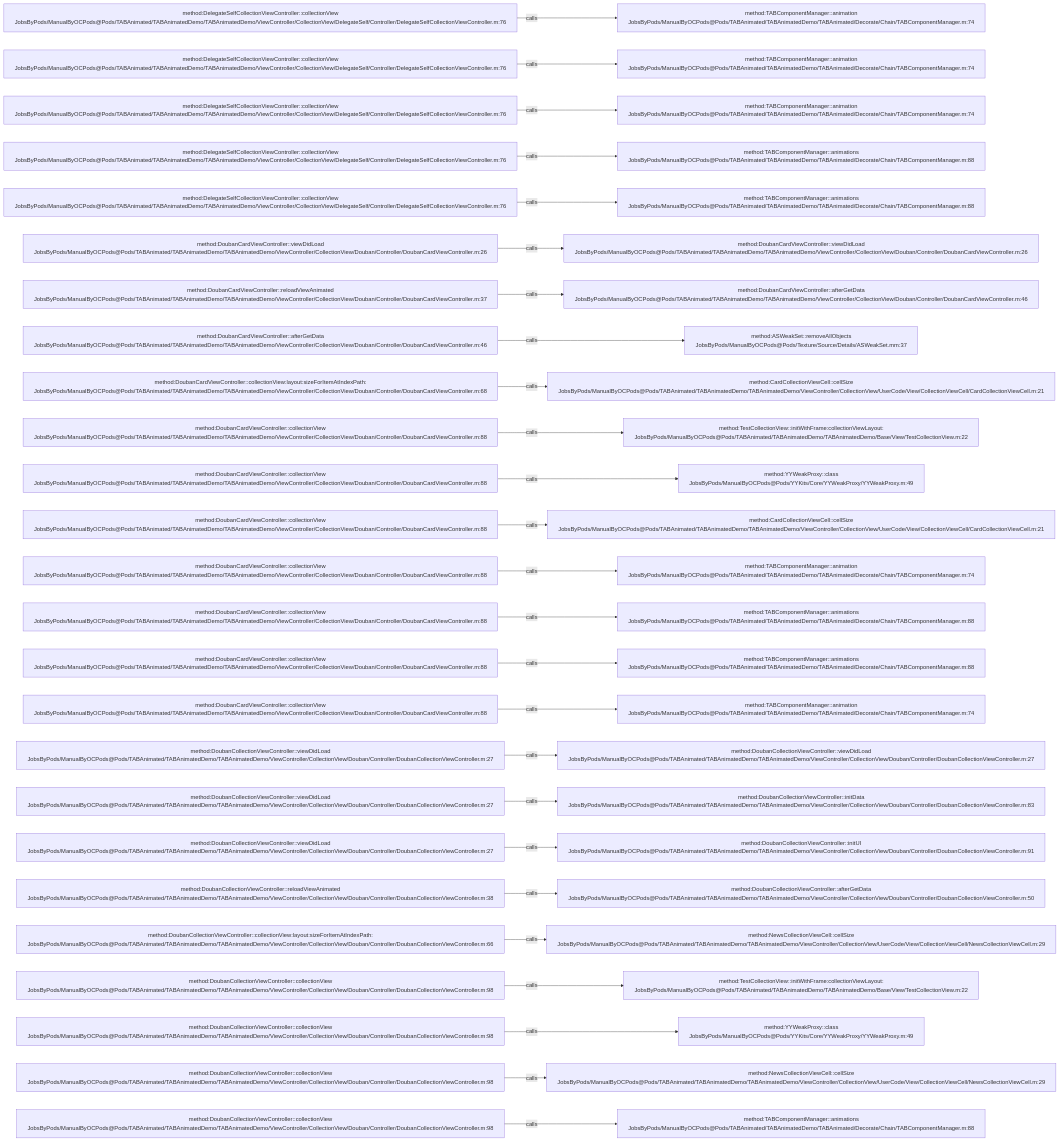
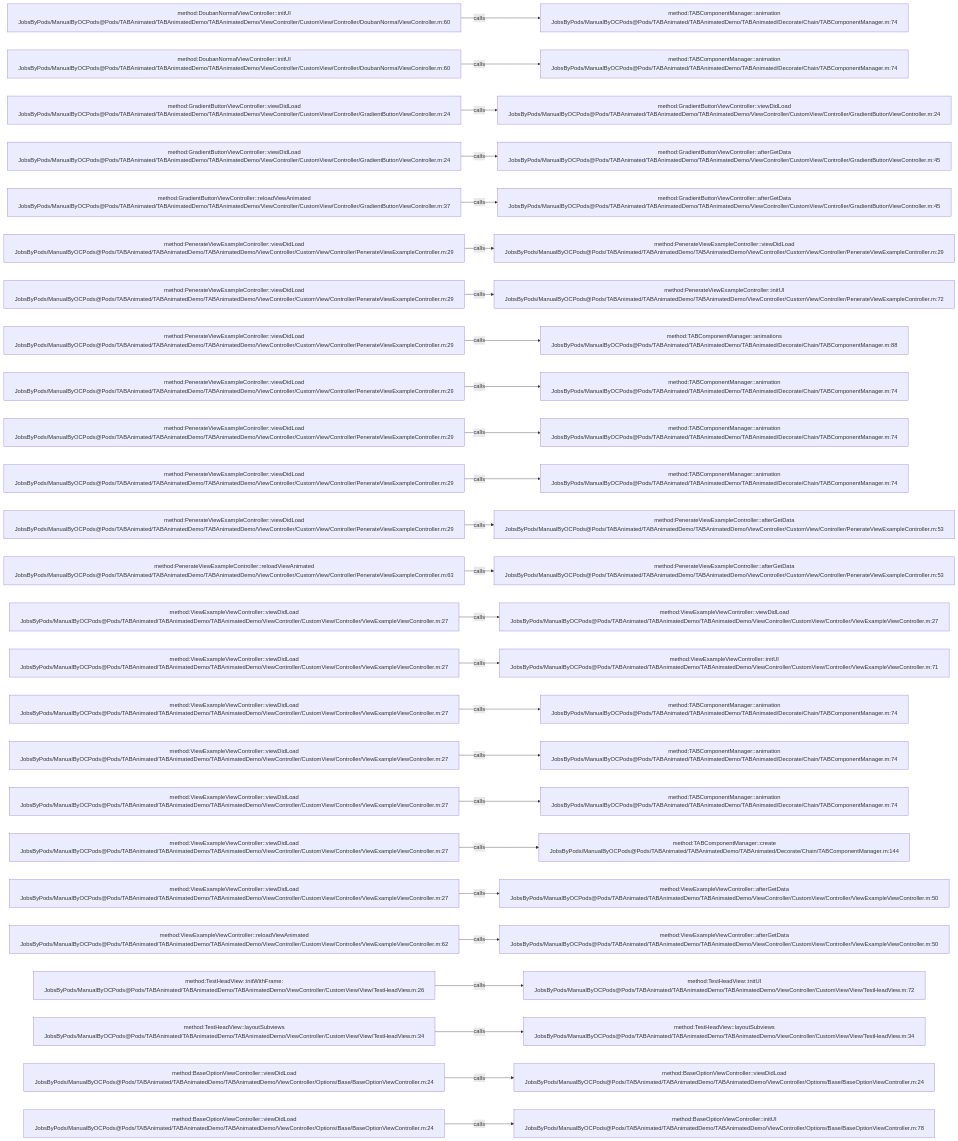
Before and after one commit to JobsKits/JobsOCBaseConfigDemo: the diagram in .codegraph/codegraph.md/graphs/calls-056.md, drawn with Mermaid. The commit also changed 1223 other files, not shown here.

````diff
--- a/.codegraph/codegraph.md/graphs/calls-056.md
+++ b/.codegraph/codegraph.md/graphs/calls-056.md
@@ -13,78 +13,78 @@
 ```mermaid
 flowchart LR
-  S1["method:DelegateSelfCollectionViewController::collectionView<br/>JobsByPods/ManualByOCPods@Pods/TABAnimated/TABAnimatedDemo/TABAnimatedDemo/ViewController/CollectionView/DelegateSelf/Controller/DelegateSelfCollectionViewController.m:76"]
+  S1["method:DoubanNormalViewController::initUI<br/>JobsByPods/ManualByOCPods@Pods/TABAnimated/TABAnimatedDemo/TABAnimatedDemo/ViewController/CustomView/Controller/DoubanNormalViewController.m:60"]
   T1["method:TABComponentManager::animation<br/>JobsByPods/ManualByOCPods@Pods/TABAnimated/TABAnimatedDemo/TABAnimated/Decorate/Chain/TABComponentManager.m:74"]
   S1 -->|calls| T1
-  S2["method:DelegateSelfCollectionViewController::collectionView<br/>JobsByPods/ManualByOCPods@Pods/TABAnimated/TABAnimatedDemo/TABAnimatedDemo/ViewController/CollectionView/DelegateSelf/Controller/DelegateSelfCollectionViewController.m:76"]
+  S2["method:DoubanNormalViewController::initUI<br/>JobsByPods/ManualByOCPods@Pods/TABAnimated/TABAnimatedDemo/TABAnimatedDemo/ViewController/CustomView/Controller/DoubanNormalViewController.m:60"]
   T2["method:TABComponentManager::animation<br/>JobsByPods/ManualByOCPods@Pods/TABAnimated/TABAnimatedDemo/TABAnimated/Decorate/Chain/TABComponentManager.m:74"]
   S2 -->|calls| T2
-  S3["method:DelegateSelfCollectionViewController::collectionView<br/>JobsByPods/ManualByOCPods@Pods/TABAnimated/TABAnimatedDemo/TABAnimatedDemo/ViewController/CollectionView/DelegateSelf/Controller/DelegateSelfCollectionViewController.m:76"]
-  T3["method:TABComponentManager::animation<br/>JobsByPods/ManualByOCPods@Pods/TABAnimated/TABAnimatedDemo/TABAnimated/Decorate/Chain/TABComponentManager.m:74"]
+  S3["method:GradientButtonViewController::viewDidLoad<br/>JobsByPods/ManualByOCPods@Pods/TABAnimated/TABAnimatedDemo/TABAnimatedDemo/ViewController/CustomView/Controller/GradientButtonViewController.m:24"]
+  T3["method:GradientButtonViewController::viewDidLoad<br/>JobsByPods/ManualByOCPods@Pods/TABAnimated/TABAnimatedDemo/TABAnimatedDemo/ViewController/CustomView/Controller/GradientButtonViewController.m:24"]
   S3 -->|calls| T3
-  S4["method:DelegateSelfCollectionViewController::collectionView<br/>JobsByPods/ManualByOCPods@Pods/TABAnimated/TABAnimatedDemo/TABAnimatedDemo/ViewController/CollectionView/DelegateSelf/Controller/DelegateSelfCollectionViewController.m:76"]
-  T4["method:TABComponentManager::animations<br/>JobsByPods/ManualByOCPods@Pods/TABAnimated/TABAnimatedDemo/TABAnimated/Decorate/Chain/TABComponentManager.m:88"]
+  S4["method:GradientButtonViewController::viewDidLoad<br/>JobsByPods/ManualByOCPods@Pods/TABAnimated/TABAnimatedDemo/TABAnimatedDemo/ViewController/CustomView/Controller/GradientButtonViewController.m:24"]
+  T4["method:GradientButtonViewController::afterGetData<br/>JobsByPods/ManualByOCPods@Pods/TABAnimated/TABAnimatedDemo/TABAnimatedDemo/ViewController/CustomView/Controller/GradientButtonViewController.m:45"]
   S4 -->|calls| T4
-  S5["method:DelegateSelfCollectionViewController::collectionView<br/>JobsByPods/ManualByOCPods@Pods/TABAnimated/TABAnimatedDemo/TABAnimatedDemo/ViewController/CollectionView/DelegateSelf/Controller/DelegateSelfCollectionViewController.m:76"]
-  T5["method:TABComponentManager::animations<br/>JobsByPods/ManualByOCPods@Pods/TABAnimated/TABAnimatedDemo/TABAnimated/Decorate/Chain/TABComponentManager.m:88"]
+  S5["method:GradientButtonViewController::reloadViewAnimated<br/>JobsByPods/ManualByOCPods@Pods/TABAnimated/TABAnimatedDemo/TABAnimatedDemo/ViewController/CustomView/Controller/GradientButtonViewController.m:37"]
+  T5["method:GradientButtonViewController::afterGetData<br/>JobsByPods/ManualByOCPods@Pods/TABAnimated/TABAnimatedDemo/TABAnimatedDemo/ViewController/CustomView/Controller/GradientButtonViewController.m:45"]
   S5 -->|calls| T5
-  S6["method:DoubanCardViewController::viewDidLoad<br/>JobsByPods/ManualByOCPods@Pods/TABAnimated/TABAnimatedDemo/TABAnimatedDemo/ViewController/CollectionView/Douban/Controller/DoubanCardViewController.m:26"]
-  T6["method:DoubanCardViewController::viewDidLoad<br/>JobsByPods/ManualByOCPods@Pods/TABAnimated/TABAnimatedDemo/TABAnimatedDemo/ViewController/CollectionView/Douban/Controller/DoubanCardViewController.m:26"]
+  S6["method:PenerateViewExampleController::viewDidLoad<br/>JobsByPods/ManualByOCPods@Pods/TABAnimated/TABAnimatedDemo/TABAnimatedDemo/ViewController/CustomView/Controller/PenerateViewExampleController.m:29"]
+  T6["method:PenerateViewExampleController::viewDidLoad<br/>JobsByPods/ManualByOCPods@Pods/TABAnimated/TABAnimatedDemo/TABAnimatedDemo/ViewController/CustomView/Controller/PenerateViewExampleController.m:29"]
   S6 -->|calls| T6
-  S7["method:DoubanCardViewController::reloadViewAnimated<br/>JobsByPods/ManualByOCPods@Pods/TABAnimated/TABAnimatedDemo/TABAnimatedDemo/ViewController/CollectionView/Douban/Controller/DoubanCardViewController.m:37"]
-  T7["method:DoubanCardViewController::afterGetData<br/>JobsByPods/ManualByOCPods@Pods/TABAnimated/TABAnimatedDemo/TABAnimatedDemo/ViewController/CollectionView/Douban/Controller/DoubanCardViewController.m:46"]
+  S7["method:PenerateViewExampleController::viewDidLoad<br/>JobsByPods/ManualByOCPods@Pods/TABAnimated/TABAnimatedDemo/TABAnimatedDemo/ViewController/CustomView/Controller/PenerateViewExampleController.m:29"]
+  T7["method:PenerateViewExampleController::initUI<br/>JobsByPods/ManualByOCPods@Pods/TABAnimated/TABAnimatedDemo/TABAnimatedDemo/ViewController/CustomView/Controller/PenerateViewExampleController.m:72"]
   S7 -->|calls| T7
-  S8["method:DoubanCardViewController::afterGetData<br/>JobsByPods/ManualByOCPods@Pods/TABAnimated/TABAnimatedDemo/TABAnimatedDemo/ViewController/CollectionView/Douban/Controller/DoubanCardViewController.m:46"]
-  T8["method:ASWeakSet::removeAllObjects<br/>JobsByPods/ManualByOCPods@Pods/Texture/Source/Details/ASWeakSet.mm:37"]
+  S8["method:PenerateViewExampleController::viewDidLoad<br/>JobsByPods/ManualByOCPods@Pods/TABAnimated/TABAnimatedDemo/TABAnimatedDemo/ViewController/CustomView/Controller/PenerateViewExampleController.m:29"]
+  T8["method:TABComponentManager::animations<br/>JobsByPods/ManualByOCPods@Pods/TABAnimated/TABAnimatedDemo/TABAnimated/Decorate/Chain/TABComponentManager.m:88"]
   S8 -->|calls| T8
-  S9["method:DoubanCardViewController::collectionView:layout:sizeForItemAtIndexPath:<br/>JobsByPods/ManualByOCPods@Pods/TABAnimated/TABAnimatedDemo/TABAnimatedDemo/ViewController/CollectionView/Douban/Controller/DoubanCardViewController.m:68"]
-  T9["method:CardCollectionViewCell::cellSize<br/>JobsByPods/ManualByOCPods@Pods/TABAnimated/TABAnimatedDemo/TABAnimatedDemo/ViewController/CollectionView/UserCode/View/CollectionViewCell/CardCollectionViewCell.m:21"]
+  S9["method:PenerateViewExampleController::viewDidLoad<br/>JobsByPods/ManualByOCPods@Pods/TABAnimated/TABAnimatedDemo/TABAnimatedDemo/ViewController/CustomView/Controller/PenerateViewExampleController.m:29"]
+  T9["method:TABComponentManager::animation<br/>JobsByPods/ManualByOCPods@Pods/TABAnimated/TABAnimatedDemo/TABAnimated/Decorate/Chain/TABComponentManager.m:74"]
   S9 -->|calls| T9
-  S10["method:DoubanCardViewController::collectionView<br/>JobsByPods/ManualByOCPods@Pods/TABAnimated/TABAnimatedDemo/TABAnimatedDemo/ViewController/CollectionView/Douban/Controller/DoubanCardViewController.m:88"]
-  T10["method:TestCollectionView::initWithFrame:collectionViewLayout:<br/>JobsByPods/ManualByOCPods@Pods/TABAnimated/TABAnimatedDemo/TABAnimatedDemo/Base/View/TestCollectionView.m:22"]
+  S10["method:PenerateViewExampleController::viewDidLoad<br/>JobsByPods/ManualByOCPods@Pods/TABAnimated/TABAnimatedDemo/TABAnimatedDemo/ViewController/CustomView/Controller/PenerateViewExampleController.m:29"]
+  T10["method:TABComponentManager::animation<br/>JobsByPods/ManualByOCPods@Pods/TABAnimated/TABAnimatedDemo/TABAnimated/Decorate/Chain/TABComponentManager.m:74"]
   S10 -->|calls| T10
-  S11["method:DoubanCardViewController::collectionView<br/>JobsByPods/ManualByOCPods@Pods/TABAnimated/TABAnimatedDemo/TABAnimatedDemo/ViewController/CollectionView/Douban/Controller/DoubanCardViewController.m:88"]
-  T11["method:YYWeakProxy::class<br/>JobsByPods/ManualByOCPods@Pods/YYKits/Core/YYWeakProxy/YYWeakProxy.m:49"]
+  S11["method:PenerateViewExampleController::viewDidLoad<br/>JobsByPods/ManualByOCPods@Pods/TABAnimated/TABAnimatedDemo/TABAnimatedDemo/ViewController/CustomView/Controller/PenerateViewExampleController.m:29"]
+  T11["method:TABComponentManager::animation<br/>JobsByPods/ManualByOCPods@Pods/TABAnimated/TABAnimatedDemo/TABAnimated/Decorate/Chain/TABComponentManager.m:74"]
   S11 -->|calls| T11
-  S12["method:DoubanCardViewController::collectionView<br/>JobsByPods/ManualByOCPods@Pods/TABAnimated/TABAnimatedDemo/TABAnimatedDemo/ViewController/CollectionView/Douban/Controller/DoubanCardViewController.m:88"]
-  T12["method:CardCollectionViewCell::cellSize<br/>JobsByPods/ManualByOCPods@Pods/TABAnimated/TABAnimatedDemo/TABAnimatedDemo/ViewController/CollectionView/UserCode/View/CollectionViewCell/CardCollectionViewCell.m:21"]
+  S12["method:PenerateViewExampleController::viewDidLoad<br/>JobsByPods/ManualByOCPods@Pods/TABAnimated/TABAnimatedDemo/TABAnimatedDemo/ViewController/CustomView/Controller/PenerateViewExampleController.m:29"]
+  T12["method:PenerateViewExampleController::afterGetData<br/>JobsByPods/ManualByOCPods@Pods/TABAnimated/TABAnimatedDemo/TABAnimatedDemo/ViewController/CustomView/Controller/PenerateViewExampleController.m:53"]
   S12 -->|calls| T12
-  S13["method:DoubanCardViewController::collectionView<br/>JobsByPods/ManualByOCPods@Pods/TABAnimated/TABAnimatedDemo/TABAnimatedDemo/ViewController/CollectionView/Douban/Controller/DoubanCardViewController.m:88"]
-  T13["method:TABComponentManager::animation<br/>JobsByPods/ManualByOCPods@Pods/TABAnimated/TABAnimatedDemo/TABAnimated/Decorate/Chain/TABComponentManager.m:74"]
+  S13["method:PenerateViewExampleController::reloadViewAnimated<br/>JobsByPods/ManualByOCPods@Pods/TABAnimated/TABAnimatedDemo/TABAnimatedDemo/ViewController/CustomView/Controller/PenerateViewExampleController.m:63"]
+  T13["method:PenerateViewExampleController::afterGetData<br/>JobsByPods/ManualByOCPods@Pods/TABAnimated/TABAnimatedDemo/TABAnimatedDemo/ViewController/CustomView/Controller/PenerateViewExampleController.m:53"]
   S13 -->|calls| T13
-  S14["method:DoubanCardViewController::collectionView<br/>JobsByPods/ManualByOCPods@Pods/TABAnimated/TABAnimatedDemo/TABAnimatedDemo/ViewController/CollectionView/Douban/Controller/DoubanCardViewController.m:88"]
-  T14["method:TABComponentManager::animations<br/>JobsByPods/ManualByOCPods@Pods/TABAnimated/TABAnimatedDemo/TABAnimated/Decorate/Chain/TABComponentManager.m:88"]
+  S14["method:ViewExampleViewController::viewDidLoad<br/>JobsByPods/ManualByOCPods@Pods/TABAnimated/TABAnimatedDemo/TABAnimatedDemo/ViewController/CustomView/Controller/ViewExampleViewController.m:27"]
+  T14["method:ViewExampleViewController::viewDidLoad<br/>JobsByPods/ManualByOCPods@Pods/TABAnimated/TABAnimatedDemo/TABAnimatedDemo/ViewController/CustomView/Controller/ViewExampleViewController.m:27"]
   S14 -->|calls| T14
-  S15["method:DoubanCardViewController::collectionView<br/>JobsByPods/ManualByOCPods@Pods/TABAnimated/TABAnimatedDemo/TABAnimatedDemo/ViewController/CollectionView/Douban/Controller/DoubanCardViewController.m:88"]
-  T15["method:TABComponentManager::animations<br/>JobsByPods/ManualByOCPods@Pods/TABAnimated/TABAnimatedDemo/TABAnimated/Decorate/Chain/TABComponentManager.m:88"]
+  S15["method:ViewExampleViewController::viewDidLoad<br/>JobsByPods/ManualByOCPods@Pods/TABAnimated/TABAnimatedDemo/TABAnimatedDemo/ViewController/CustomView/Controller/ViewExampleViewController.m:27"]
+  T15["method:ViewExampleViewController::initUI<br/>JobsByPods/ManualByOCPods@Pods/TABAnimated/TABAnimatedDemo/TABAnimatedDemo/ViewController/CustomView/Controller/ViewExampleViewController.m:71"]
   S15 -->|calls| T15
-  S16["method:DoubanCardViewController::collectionView<br/>JobsByPods/ManualByOCPods@Pods/TABAnimated/TABAnimatedDemo/TABAnimatedDemo/ViewController/CollectionView/Douban/Controller/DoubanCardViewController.m:88"]
+  S16["method:ViewExampleViewController::viewDidLoad<br/>JobsByPods/ManualByOCPods@Pods/TABAnimated/TABAnimatedDemo/TABAnimatedDemo/ViewController/CustomView/Controller/ViewExampleViewController.m:27"]
   T16["method:TABComponentManager::animation<br/>JobsByPods/ManualByOCPods@Pods/TABAnimated/TABAnimatedDemo/TABAnimated/Decorate/Chain/TABComponentManager.m:74"]
   S16 -->|calls| T16
-  S17["method:DoubanCollectionViewController::viewDidLoad<br/>JobsByPods/ManualByOCPods@Pods/TABAnimated/TABAnimatedDemo/TABAnimatedDemo/ViewController/CollectionView/Douban/Controller/DoubanCollectionViewController.m:27"]
-  T17["method:DoubanCollectionViewController::viewDidLoad<br/>JobsByPods/ManualByOCPods@Pods/TABAnimated/TABAnimatedDemo/TABAnimatedDemo/ViewController/CollectionView/Douban/Controller/DoubanCollectionViewController.m:27"]
+  S17["method:ViewExampleViewController::viewDidLoad<br/>JobsByPods/ManualByOCPods@Pods/TABAnimated/TABAnimatedDemo/TABAnimatedDemo/ViewController/CustomView/Controller/ViewExampleViewController.m:27"]
+  T17["method:TABComponentManager::animation<br/>JobsByPods/ManualByOCPods@Pods/TABAnimated/TABAnimatedDemo/TABAnimated/Decorate/Chain/TABComponentManager.m:74"]
   S17 -->|calls| T17
-  S18["method:DoubanCollectionViewController::viewDidLoad<br/>JobsByPods/ManualByOCPods@Pods/TABAnimated/TABAnimatedDemo/TABAnimatedDemo/ViewController/CollectionView/Douban/Controller/DoubanCollectionViewController.m:27"]
-  T18["method:DoubanCollectionViewController::initData<br/>JobsByPods/ManualByOCPods@Pods/TABAnimated/TABAnimatedDemo/TABAnimatedDemo/ViewController/CollectionView/Douban/Controller/DoubanCollectionViewController.m:83"]
+  S18["method:ViewExampleViewController::viewDidLoad<br/>JobsByPods/ManualByOCPods@Pods/TABAnimated/TABAnimatedDemo/TABAnimatedDemo/ViewController/CustomView/Controller/ViewExampleViewController.m:27"]
+  T18["method:TABComponentManager::animation<br/>JobsByPods/ManualByOCPods@Pods/TABAnimated/TABAnimatedDemo/TABAnimated/Decorate/Chain/TABComponentManager.m:74"]
   S18 -->|calls| T18
-  S19["method:DoubanCollectionViewController::viewDidLoad<br/>JobsByPods/ManualByOCPods@Pods/TABAnimated/TABAnimatedDemo/TABAnimatedDemo/ViewController/CollectionView/Douban/Controller/DoubanCollectionViewController.m:27"]
-  T19["method:DoubanCollectionViewController::initUI<br/>JobsByPods/ManualByOCPods@Pods/TABAnimated/TABAnimatedDemo/TABAnimatedDemo/ViewController/CollectionView/Douban/Controller/DoubanCollectionViewController.m:91"]
+  S19["method:ViewExampleViewController::viewDidLoad<br/>JobsByPods/ManualByOCPods@Pods/TABAnimated/TABAnimatedDemo/TABAnimatedDemo/ViewController/CustomView/Controller/ViewExampleViewController.m:27"]
+  T19["method:TABComponentManager::create<br/>JobsByPods/ManualByOCPods@Pods/TABAnimated/TABAnimatedDemo/TABAnimated/Decorate/Chain/TABComponentManager.m:144"]
   S19 -->|calls| T19
-  S20["method:DoubanCollectionViewController::reloadViewAnimated<br/>JobsByPods/ManualByOCPods@Pods/TABAnimated/TABAnimatedDemo/TABAnimatedDemo/ViewController/CollectionView/Douban/Controller/DoubanCollectionViewController.m:38"]
-  T20["method:DoubanCollectionViewController::afterGetData<br/>JobsByPods/ManualByOCPods@Pods/TABAnimated/TABAnimatedDemo/TABAnimatedDemo/ViewController/CollectionView/Douban/Controller/DoubanCollectionViewController.m:50"]
+  S20["method:ViewExampleViewController::viewDidLoad<br/>JobsByPods/ManualByOCPods@Pods/TABAnimated/TABAnimatedDemo/TABAnimatedDemo/ViewController/CustomView/Controller/ViewExampleViewController.m:27"]
+  T20["method:ViewExampleViewController::afterGetData<br/>JobsByPods/ManualByOCPods@Pods/TABAnimated/TABAnimatedDemo/TABAnimatedDemo/ViewController/CustomView/Controller/ViewExampleViewController.m:50"]
   S20 -->|calls| T20
-  S21["method:DoubanCollectionViewController::collectionView:layout:sizeForItemAtIndexPath:<br/>JobsByPods/ManualByOCPods@Pods/TABAnimated/TABAnimatedDemo/TABAnimatedDemo/ViewController/CollectionView/Douban/Controller/DoubanCollectionViewController.m:66"]
-  T21["method:NewsCollectionViewCell::cellSize<br/>JobsByPods/ManualByOCPods@Pods/TABAnimated/TABAnimatedDemo/TABAnimatedDemo/ViewController/CollectionView/UserCode/View/CollectionViewCell/NewsCollectionViewCell.m:29"]
+  S21["method:ViewExampleViewController::reloadViewAnimated<br/>JobsByPods/ManualByOCPods@Pods/TABAnimated/TABAnimatedDemo/TABAnimatedDemo/ViewController/CustomView/Controller/ViewExampleViewController.m:62"]
+  T21["method:ViewExampleViewController::afterGetData<br/>JobsByPods/ManualByOCPods@Pods/TABAnimated/TABAnimatedDemo/TABAnimatedDemo/ViewController/CustomView/Controller/ViewExampleViewController.m:50"]
   S21 -->|calls| T21
-  S22["method:DoubanCollectionViewController::collectionView<br/>JobsByPods/ManualByOCPods@Pods/TABAnimated/TABAnimatedDemo/TABAnimatedDemo/ViewController/CollectionView/Douban/Controller/DoubanCollectionViewController.m:98"]
-  T22["method:TestCollectionView::initWithFrame:collectionViewLayout:<br/>JobsByPods/ManualByOCPods@Pods/TABAnimated/TABAnimatedDemo/TABAnimatedDemo/Base/View/TestCollectionView.m:22"]
+  S22["method:TestHeadView::initWithFrame:<br/>JobsByPods/ManualByOCPods@Pods/TABAnimated/TABAnimatedDemo/TABAnimatedDemo/ViewController/CustomView/View/TestHeadView.m:26"]
+  T22["method:TestHeadView::initUI<br/>JobsByPods/ManualByOCPods@Pods/TABAnimated/TABAnimatedDemo/TABAnimatedDemo/ViewController/CustomView/View/TestHeadView.m:72"]
   S22 -->|calls| T22
-  S23["method:DoubanCollectionViewController::collectionView<br/>JobsByPods/ManualByOCPods@Pods/TABAnimated/TABAnimatedDemo/TABAnimatedDemo/ViewController/CollectionView/Douban/Controller/DoubanCollectionViewController.m:98"]
-  T23["method:YYWeakProxy::class<br/>JobsByPods/ManualByOCPods@Pods/YYKits/Core/YYWeakProxy/YYWeakProxy.m:49"]
+  S23["method:TestHeadView::layoutSubviews<br/>JobsByPods/ManualByOCPods@Pods/TABAnimated/TABAnimatedDemo/TABAnimatedDemo/ViewController/CustomView/View/TestHeadView.m:34"]
+  T23["method:TestHeadView::layoutSubviews<br/>JobsByPods/ManualByOCPods@Pods/TABAnimated/TABAnimatedDemo/TABAnimatedDemo/ViewController/CustomView/View/TestHeadView.m:34"]
   S23 -->|calls| T23
-  S24["method:DoubanCollectionViewController::collectionView<br/>JobsByPods/ManualByOCPods@Pods/TABAnimated/TABAnimatedDemo/TABAnimatedDemo/ViewController/CollectionView/Douban/Controller/DoubanCollectionViewController.m:98"]
-  T24["method:NewsCollectionViewCell::cellSize<br/>JobsByPods/ManualByOCPods@Pods/TABAnimated/TABAnimatedDemo/TABAnimatedDemo/ViewController/CollectionView/UserCode/View/CollectionViewCell/NewsCollectionViewCell.m:29"]
+  S24["method:BaseOptionViewController::viewDidLoad<br/>JobsByPods/ManualByOCPods@Pods/TABAnimated/TABAnimatedDemo/TABAnimatedDemo/ViewController/Options/Base/BaseOptionViewController.m:24"]
+  T24["method:BaseOptionViewController::viewDidLoad<br/>JobsByPods/ManualByOCPods@Pods/TABAnimated/TABAnimatedDemo/TABAnimatedDemo/ViewController/Options/Base/BaseOptionViewController.m:24"]
   S24 -->|calls| T24
-  S25["method:DoubanCollectionViewController::collectionView<br/>JobsByPods/ManualByOCPods@Pods/TABAnimated/TABAnimatedDemo/TABAnimatedDemo/ViewController/CollectionView/Douban/Controller/DoubanCollectionViewController.m:98"]
-  T25["method:TABComponentManager::animations<br/>JobsByPods/ManualByOCPods@Pods/TABAnimated/TABAnimatedDemo/TABAnimated/Decorate/Chain/TABComponentManager.m:88"]
+  S25["method:BaseOptionViewController::viewDidLoad<br/>JobsByPods/ManualByOCPods@Pods/TABAnimated/TABAnimatedDemo/TABAnimatedDemo/ViewController/Options/Base/BaseOptionViewController.m:24"]
+  T25["method:BaseOptionViewController::initUI<br/>JobsByPods/ManualByOCPods@Pods/TABAnimated/TABAnimatedDemo/TABAnimatedDemo/ViewController/Options/Base/BaseOptionViewController.m:78"]
   S25 -->|calls| T25
 ```
````
